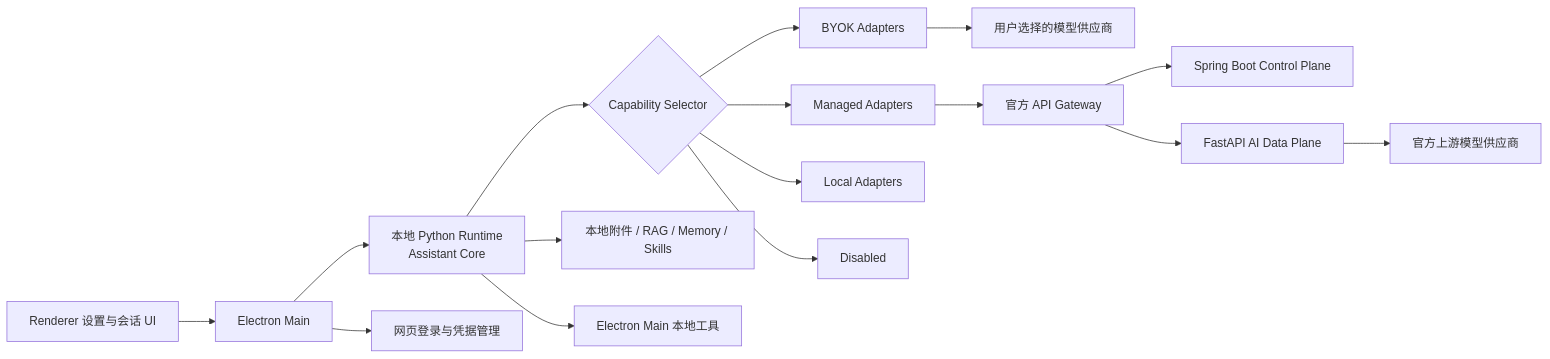
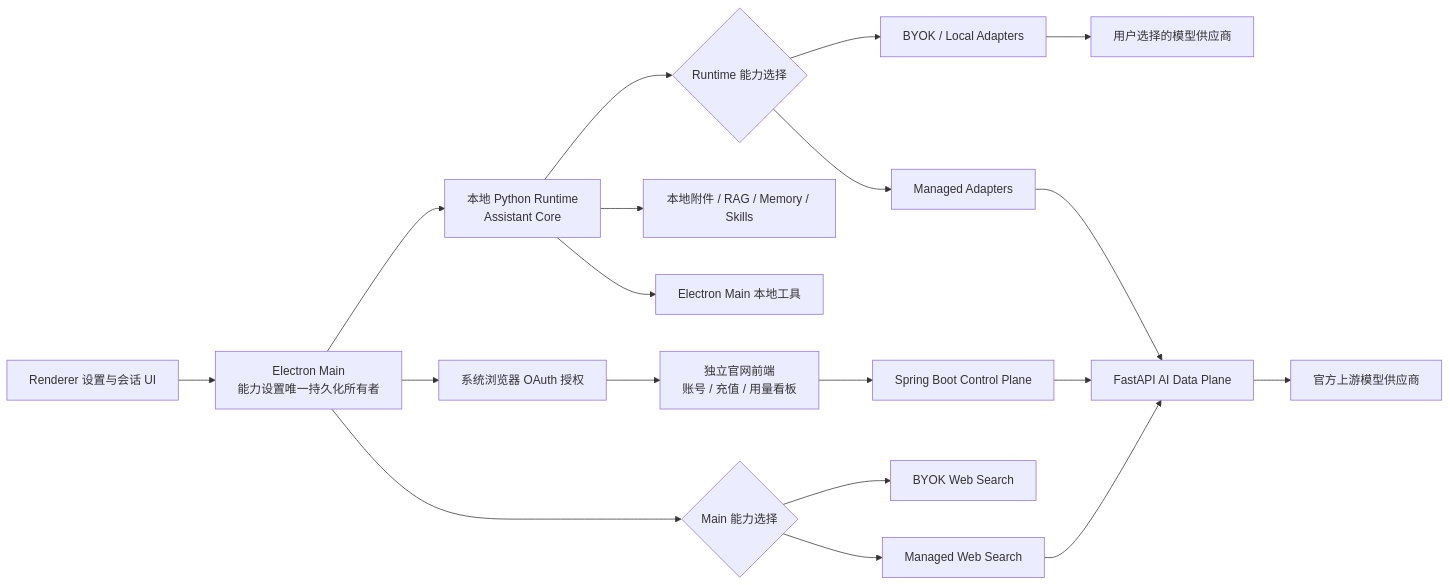
One commit to xrrii/desktop-pet changed the first of 3 diagrams in docs/architecture/MANAGED_SERVICE_IMPLEMENTATION_PLAN.md. Above: the diagram before and after it, drawn with Mermaid. The commit also changed other lines of this file and 3 other files, not shown here.

````diff
--- a/docs/architecture/MANAGED_SERVICE_IMPLEMENTATION_PLAN.md
+++ b/docs/architecture/MANAGED_SERVICE_IMPLEMENTATION_PLAN.md
@@ -113,21 +137,24 @@
 ```mermaid
 flowchart LR
-    Renderer["Renderer 设置与会话 UI"] --> Main["Electron Main"]
+    Web["独立官网前端\n账号 / 充值 / 用量看板"] --> Spring["Spring Boot Control Plane"]
+    Renderer["Renderer 设置与会话 UI"] --> Main["Electron Main\n能力设置唯一持久化所有者"]
     Main --> Runtime["本地 Python Runtime\nAssistant Core"]
-    Main --> Auth["网页登录与凭据管理"]
+    Main --> Browser["系统浏览器 OAuth 授权"]
+    Browser --> Web
 
-    Runtime --> Select{"Capability Selector"}
-    Select --> BYOK["BYOK Adapters"]
-    Select --> Managed["Managed Adapters"]
-    Select --> Local["Local Adapters"]
-    Select --> Disabled["Disabled"]
+    Runtime --> RuntimeSelect{"Runtime 能力选择"}
+    Main --> MainSelect{"Main 能力选择"}
+    RuntimeSelect --> BYOK["BYOK / Local Adapters"]
+    RuntimeSelect --> Managed["Managed Adapters"]
+    MainSelect --> WebBYOK["BYOK Web Search"]
+    MainSelect --> WebManaged["Managed Web Search"]
 
     BYOK --> Upstream["用户选择的模型供应商"]
-    Managed --> Gateway["官方 API Gateway"]
-    Gateway --> Spring["Spring Boot Control Plane"]
-    Gateway --> FastAPI["FastAPI AI Data Plane"]
+    Managed --> FastAPI["FastAPI AI Data Plane"]
+    WebManaged --> FastAPI
+    Spring --> FastAPI
     FastAPI --> Providers["官方上游模型供应商"]
 
     Runtime --> LocalData["本地附件 / RAG / Memory / Skills"]
     Runtime --> MainTools["Electron Main 本地工具"]
 ```
````
